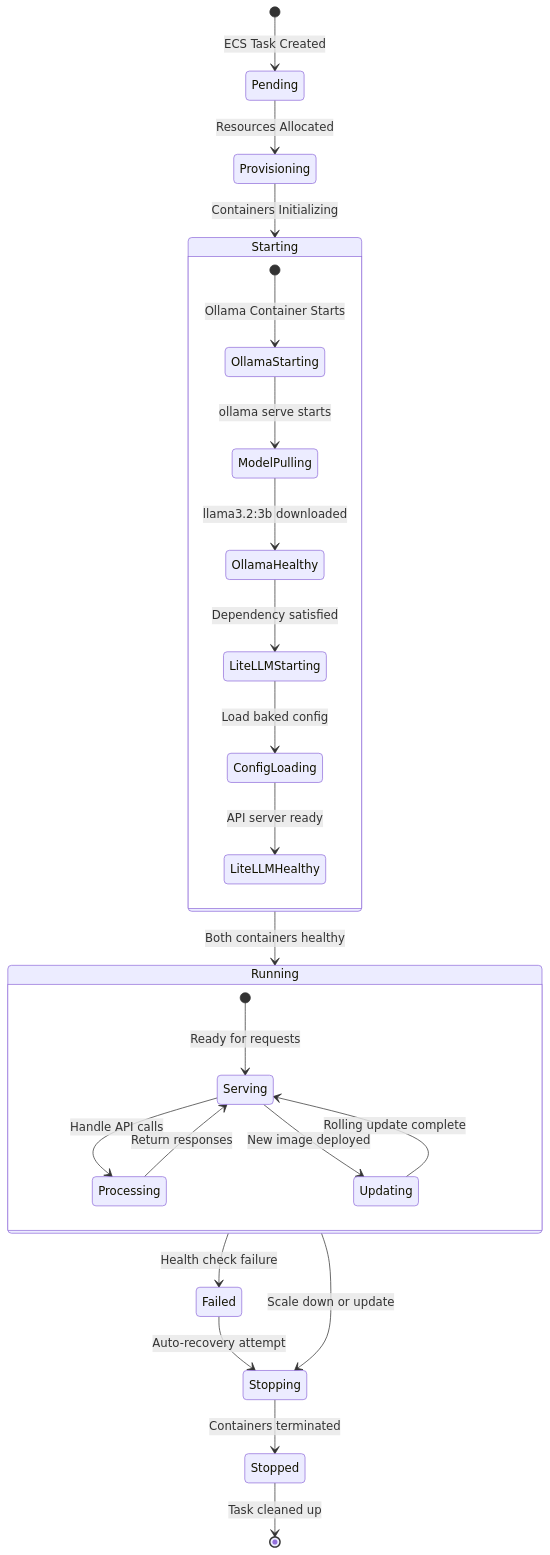
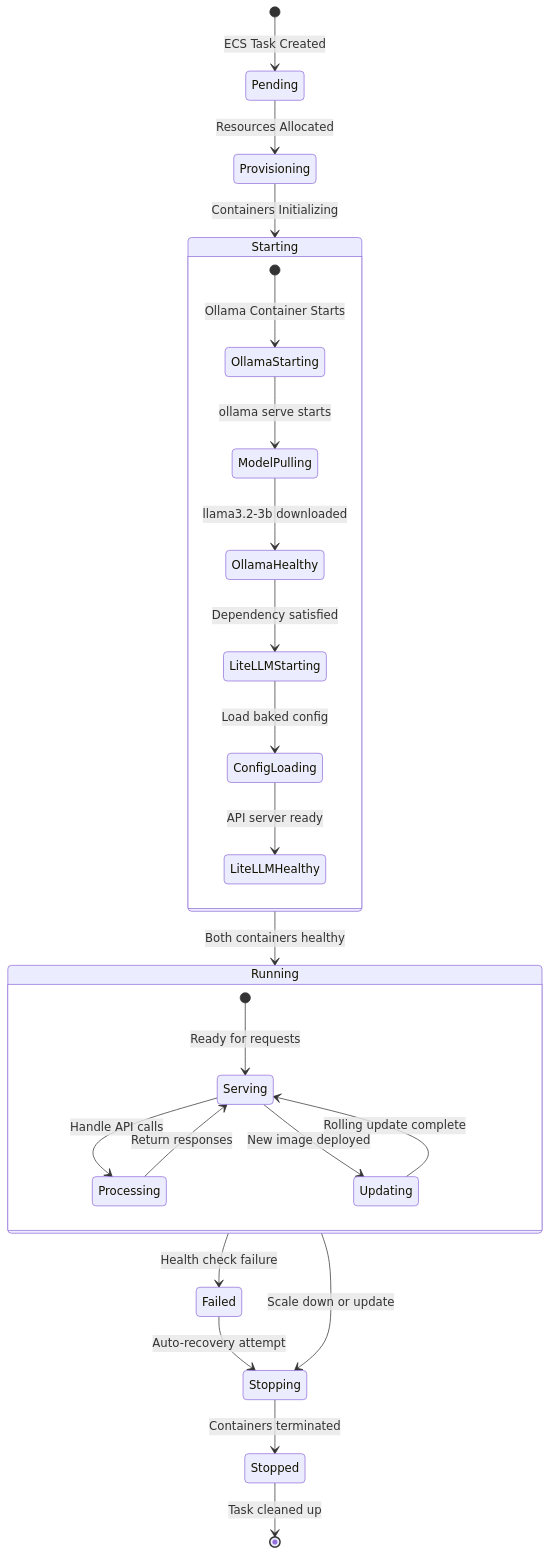
Diagram 12 of 18 in ARCHITECTURE.md (mrcloudchase/litellm-infra), drawn with Mermaid before and after one commit. The commit also changed other lines of this file, not shown here.

First line of the commit message:
Fix Mermaid state diagram colon parsing error

````diff
--- a/ARCHITECTURE.md
+++ b/ARCHITECTURE.md
@@ -587,35 +587,35 @@
 ```mermaid
 stateDiagram-v2
     [*] --> Pending: ECS Task Created
     
     Pending --> Provisioning: Resources Allocated
     Provisioning --> Starting: Containers Initializing
     
     state Starting {
         [*] --> OllamaStarting: Ollama Container Starts
         OllamaStarting --> ModelPulling: ollama serve starts
-        ModelPulling --> OllamaHealthy: llama3.2:3b downloaded
+        ModelPulling --> OllamaHealthy: llama3.2-3b downloaded
         
         OllamaHealthy --> LiteLLMStarting: Dependency satisfied
         LiteLLMStarting --> ConfigLoading: Load baked config
         ConfigLoading --> LiteLLMHealthy: API server ready
     }
     
     Starting --> Running: Both containers healthy
     
     state Running {
         [*] --> Serving: Ready for requests
         Serving --> Processing: Handle API calls
         Processing --> Serving: Return responses
         
         Serving --> Updating: New image deployed
         Updating --> Serving: Rolling update complete
     }
     
     Running --> Stopping: Scale down or update
     Stopping --> Stopped: Containers terminated
     Stopped --> [*]: Task cleaned up
     
     Running --> Failed: Health check failure
     Failed --> Stopping: Auto-recovery attempt
 ```
````
